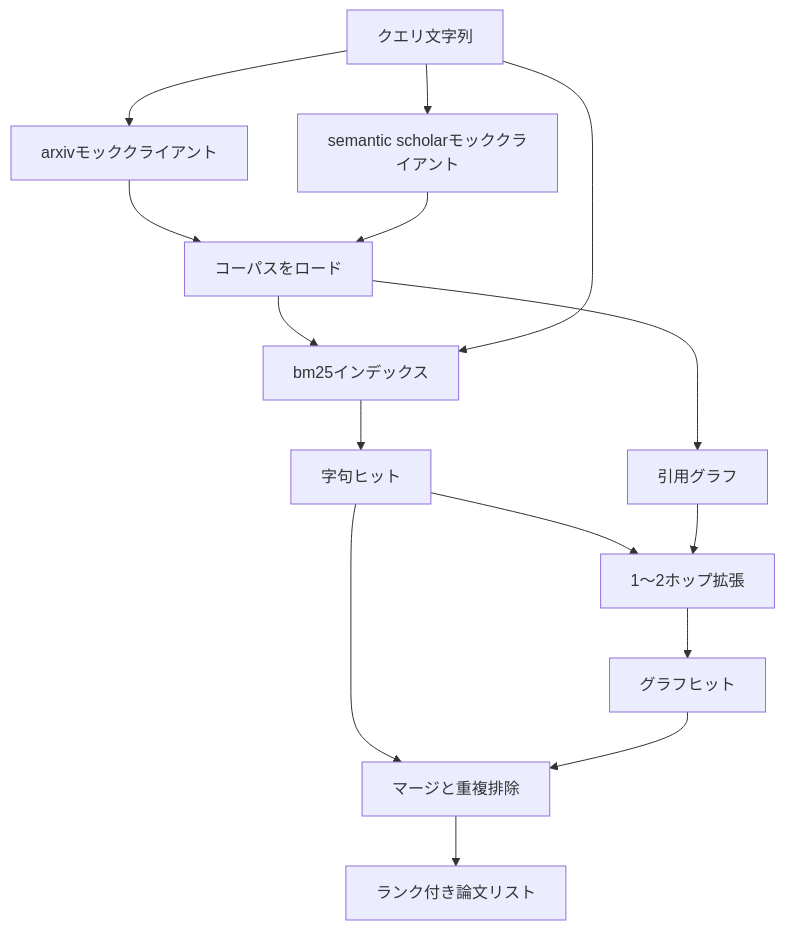
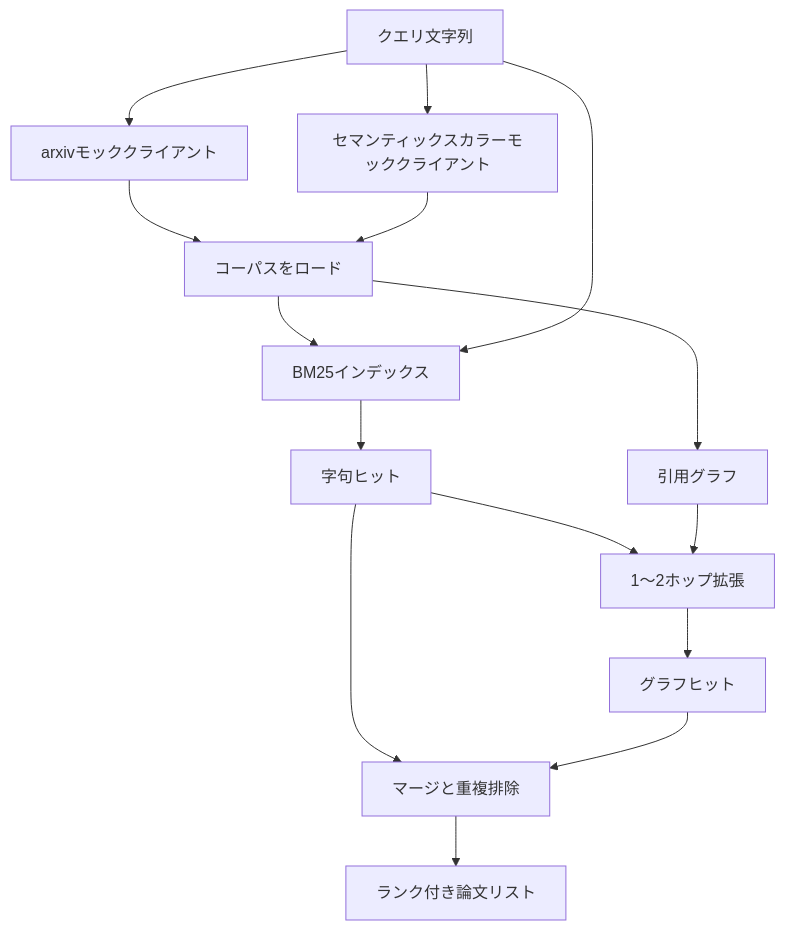
One commit to shoshoshomen/synapse-academy changed the diagram in content/phases/19-capstone-projects/51-literature-retrieval/lesson.ja.md. Above: the diagram before and after it, drawn with Mermaid. The commit also changed 124 other files, not shown here.

First line of the commit message:
feat(i18n): mermaid図のラベルを日本語化(194レッスン/374図)

````diff
--- a/content/phases/19-capstone-projects/51-literature-retrieval/lesson.ja.md
+++ b/content/phases/19-capstone-projects/51-literature-retrieval/lesson.ja.md
@@ -37,17 +37,17 @@
 ```mermaid
 flowchart TD
-    Q[クエリ文字列] --> A[arxivモッククライアント]
-    Q --> S[semantic scholarモッククライアント]
-    A --> L[コーパスをロード]
+    Q["クエリ文字列"] --> A["arxivモッククライアント"]
+    Q --> S["セマンティックスカラーモッククライアント"]
+    A --> L["コーパスをロード"]
     S --> L
-    L --> B[bm25インデックス]
-    L --> G[引用グラフ]
+    L --> B["BM25インデックス"]
+    L --> G["引用グラフ"]
     Q --> B
-    B --> R1[字句ヒット]
-    R1 --> H[1〜2ホップ拡張]
+    B --> R1["字句ヒット"]
+    R1 --> H["1〜2ホップ拡張"]
     G --> H
-    H --> R2[グラフヒット]
-    R1 --> M[マージと重複排除]
+    H --> R2["グラフヒット"]
+    R1 --> M["マージと重複排除"]
     R2 --> M
-    M --> O[ランク付き論文リスト]
+    M --> O["ランク付き論文リスト"]
 ```
````
